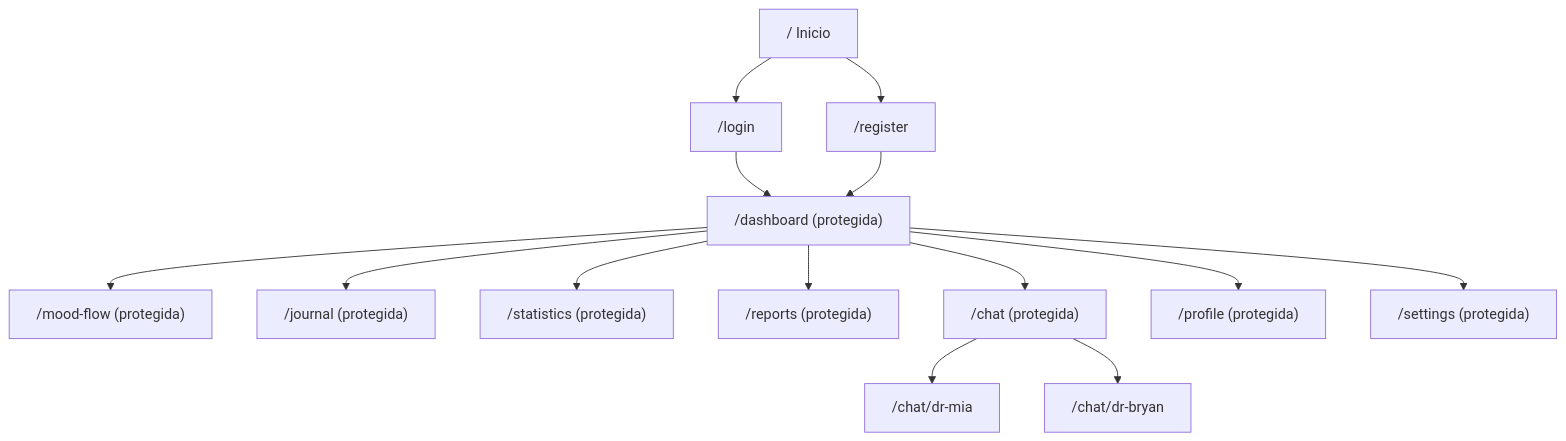
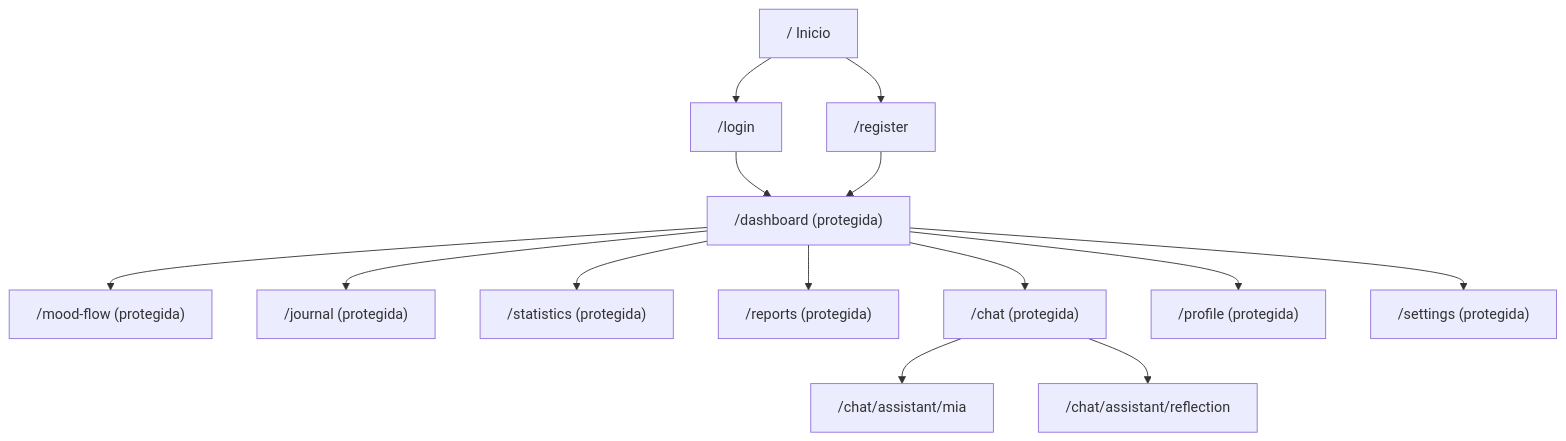
The diagram in docs/product/user-guide.md (axyra-app/Mood_Log_App), drawn with Mermaid before and after one commit. The commit also changed other lines of this file and 36 other files, not shown here.

````diff
--- a/docs/product/user-guide.md
+++ b/docs/product/user-guide.md
@@ -11,16 +11,16 @@
 ```mermaid
 flowchart TD
     Home["/ Inicio"] --> Login["/login"]
     Home --> Register["/register"]
     Login --> Dashboard["/dashboard (protegida)"]
     Register --> Dashboard
     Dashboard --> Mood["/mood-flow (protegida)"]
     Dashboard --> Journal["/journal (protegida)"]
     Dashboard --> Statistics["/statistics (protegida)"]
     Dashboard --> Reports["/reports (protegida)"]
     Dashboard --> Chat["/chat (protegida)"]
-    Chat --> Mia["/chat/dr-mia"]
-    Chat --> Bryan["/chat/dr-bryan"]
+    Chat --> Mia["/chat/assistant/mia"]
+    Chat --> Reflection["/chat/assistant/reflection"]
     Dashboard --> Profile["/profile (protegida)"]
     Dashboard --> Settings["/settings (protegida)"]
 ```
````
